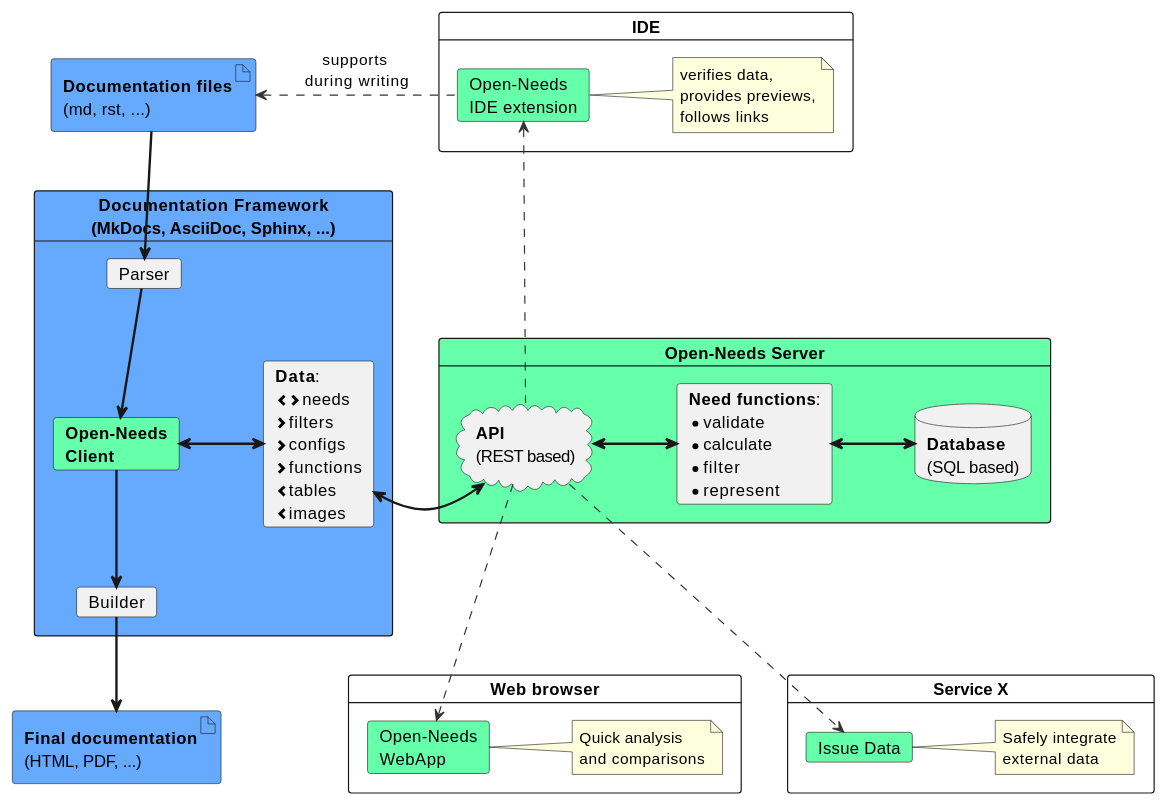
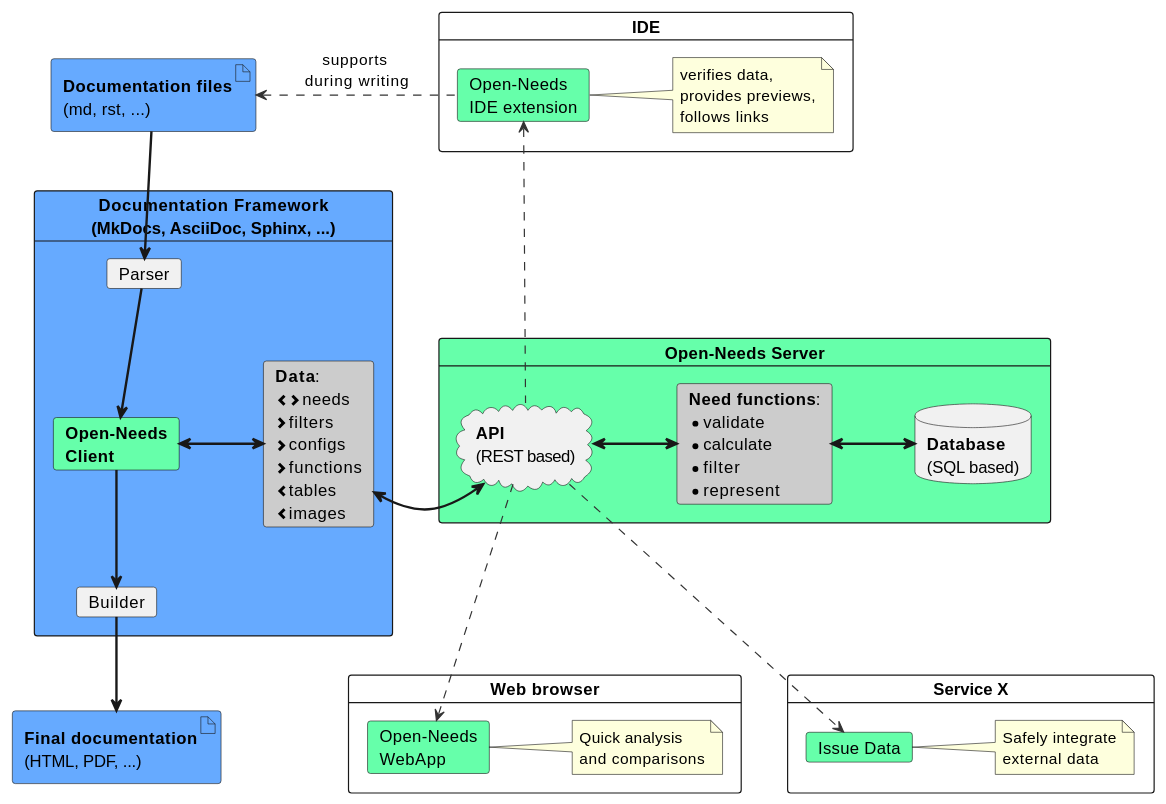
Before and after one commit to open-needs/open-needs.github.io: the second of 5 diagrams in docs/index.rst, drawn with PlantUML. The commit also changed other lines of this file and 3 other files, not shown here.

```diff
--- a/docs/index.rst
+++ b/docs/index.rst
@@ -109,57 +109,57 @@
     .. uml::
        :align: center
 
         @startuml
         skinparam nodesep 70
         skinparam ranksep 50
 
             card IDE as ide {
                 card "Open-Needs\nIDE extension" as ext #6fa
                 note right: verifies data,\nprovides previews,\nfollows links
             }
 
             artifact "**Documentation files**\n(md, rst, ...)" as docs #6af
             card "**Documentation Framework**\n(MkDocs, AsciiDoc, Sphinx, ...)" as df #6af {
                 card "Parser" as parser
                 card "**Open-Needs**\n**Client**" as client #6fa
                 card "Builder" as builder
-                card "**Data**:\n<&chevron-left><&chevron-right>needs\n<&chevron-right>filters\n<&chevron-right>configs\n<&chevron-right>functions\n<&chevron-left>tables\n<&chevron-left>images" as data
+                card "**Data**:\n<&chevron-left><&chevron-right>needs\n<&chevron-right>filters\n<&chevron-right>configs\n<&chevron-right>functions\n<&chevron-left>tables\n<&chevron-left>images" as data #ccc
             }
 
             card "**Open-Needs Server**" as on #6fa {
                 cloud "**API**\n(REST based)" as rest
-                card "**Need functions**:\n*validate\n*calculate\n*filter\n*represent" as func
+                card "**Need functions**:\n*validate\n*calculate\n*filter\n*represent" as func #ccc
                 database "**Database**\n(SQL based)" as db
 
                 rest <=> func
                 func <=> db
             }
 
             artifact "**Final documentation**\n(HTML, PDF, ...)" as final #6af
 
             card "Web browser" {
                 card "Open-Needs\nWebApp" as webapp #6fa
                 note right: Quick analysis\nand comparisons
             }
 
             card "Service X" as service {
                 card "Issue Data" as issue #6fa
                 note right: Safely integrate\nexternal data
             }
 
             ext .[#333]l.> docs: supports \nduring writing
             docs ==> parser
             parser ==> client
             client <=> data
             data <=> rest
 
             client ==> builder
             builder ==> final
 
             rest .[#333]u..> ext
 
             rest .[#333]d..> webapp
             rest .[#333]d..> issue
 
 
         @enduml
```
